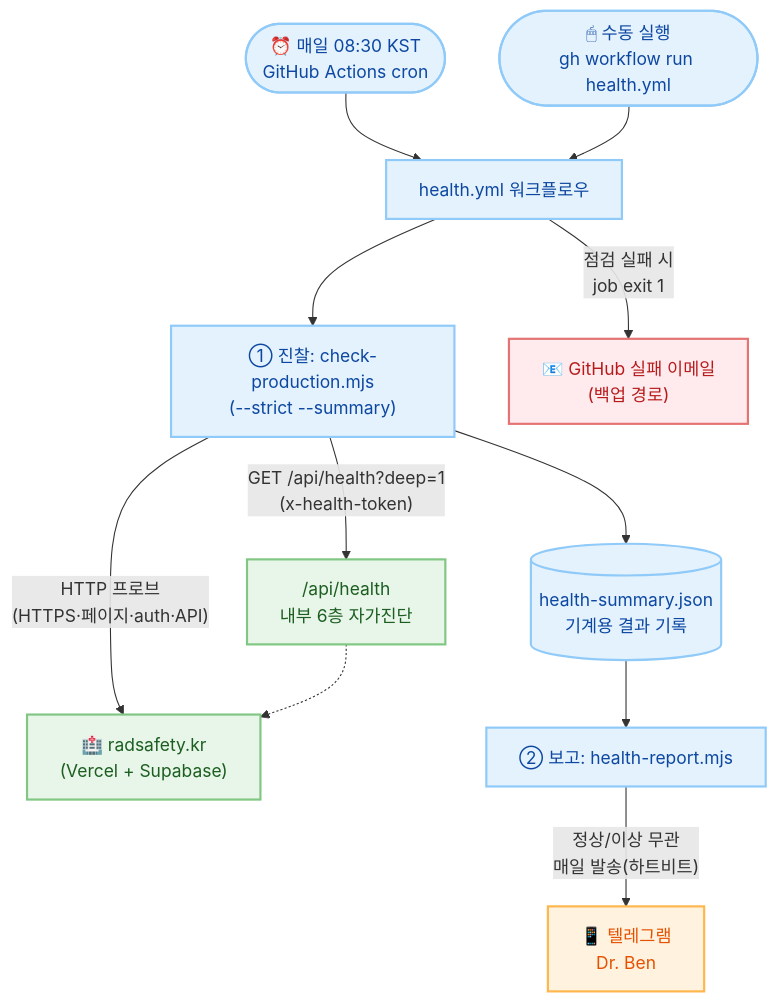
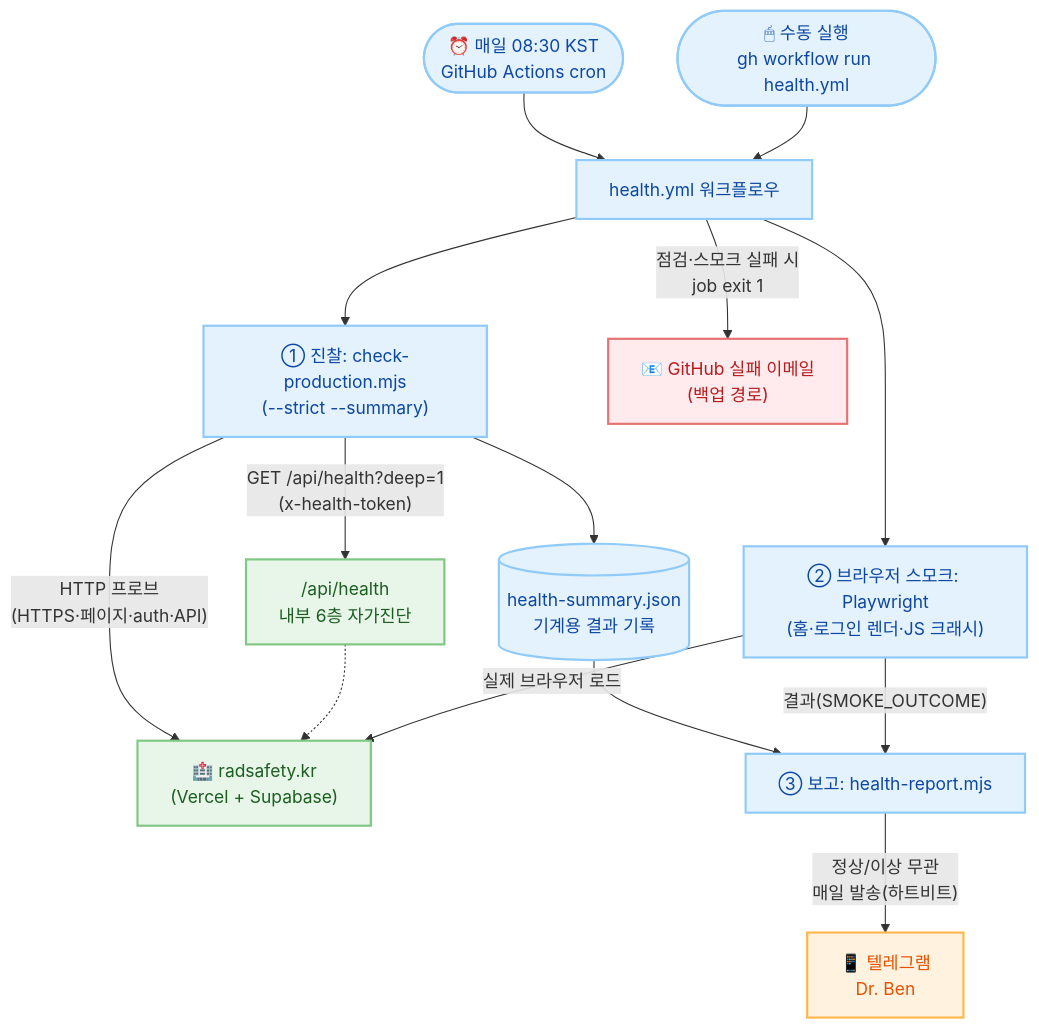
Before and after one commit to ai4radmed/radsafety-pwa: the first of 4 diagrams in documents/health_monitoring_guide.md, drawn with Mermaid. The commit also changed other lines of this file and 9 other files, not shown here.

First line of the commit message:
feat(health): 아침 점검 사각지대 보완 — TLS 인증서 만료 임박 + 브라우저 스모크

````diff
--- a/documents/health_monitoring_guide.md
+++ b/documents/health_monitoring_guide.md
@@ -24,24 +25,29 @@
 ```mermaid
 graph TD
     classDef gh fill:#e3f2fd,stroke:#90caf9,stroke-width:2px,color:#0d47a1;
     classDef app fill:#e8f5e9,stroke:#81c784,stroke-width:2px,color:#1b5e20;
     classDef alert fill:#fff3e0,stroke:#ffb74d,stroke-width:2px,color:#e65100;
     classDef fail fill:#ffebee,stroke:#e57373,stroke-width:2px,color:#b71c1c;
 
     CRON([⏰ 매일 08:30 KST<br/>GitHub Actions cron]):::gh
     MANUAL([🖱 수동 실행<br/>gh workflow run health.yml]):::gh
 
     CRON --> WF[health.yml 워크플로우]:::gh
     MANUAL --> WF
 
     WF --> CHECK["① 진찰: check-production.mjs<br/>(--strict --summary)"]:::gh
     CHECK -- "HTTP 프로브<br/>(HTTPS·페이지·auth·API)" --> APP["🏥 radsafety.kr<br/>(Vercel + Supabase)"]:::app
     CHECK -- "GET /api/health?deep=1<br/>(x-health-token)" --> DOCTOR["/api/health<br/>내부 6층 자가진단"]:::app
     DOCTOR -.-> APP
 
     CHECK --> JSON[("health-summary.json<br/>기계용 결과 기록")]:::gh
-    JSON --> REPORT["② 보고: health-report.mjs"]:::gh
+
+    WF --> SMOKE["② 브라우저 스모크: Playwright<br/>(홈·로그인 렌더·JS 크래시)"]:::gh
+    SMOKE -- "실제 브라우저 로드" --> APP
+
+    JSON --> REPORT["③ 보고: health-report.mjs"]:::gh
+    SMOKE -- "결과(SMOKE_OUTCOME)" --> REPORT
 
     REPORT -- "정상/이상 무관<br/>매일 발송(하트비트)" --> TG["📱 텔레그램<br/>Dr. Ben"]:::alert
-    WF -- "점검 실패 시<br/>job exit 1" --> MAIL["📧 GitHub 실패 이메일<br/>(백업 경로)"]:::fail
+    WF -- "점검·스모크 실패 시<br/>job exit 1" --> MAIL["📧 GitHub 실패 이메일<br/>(백업 경로)"]:::fail
 ```
````
